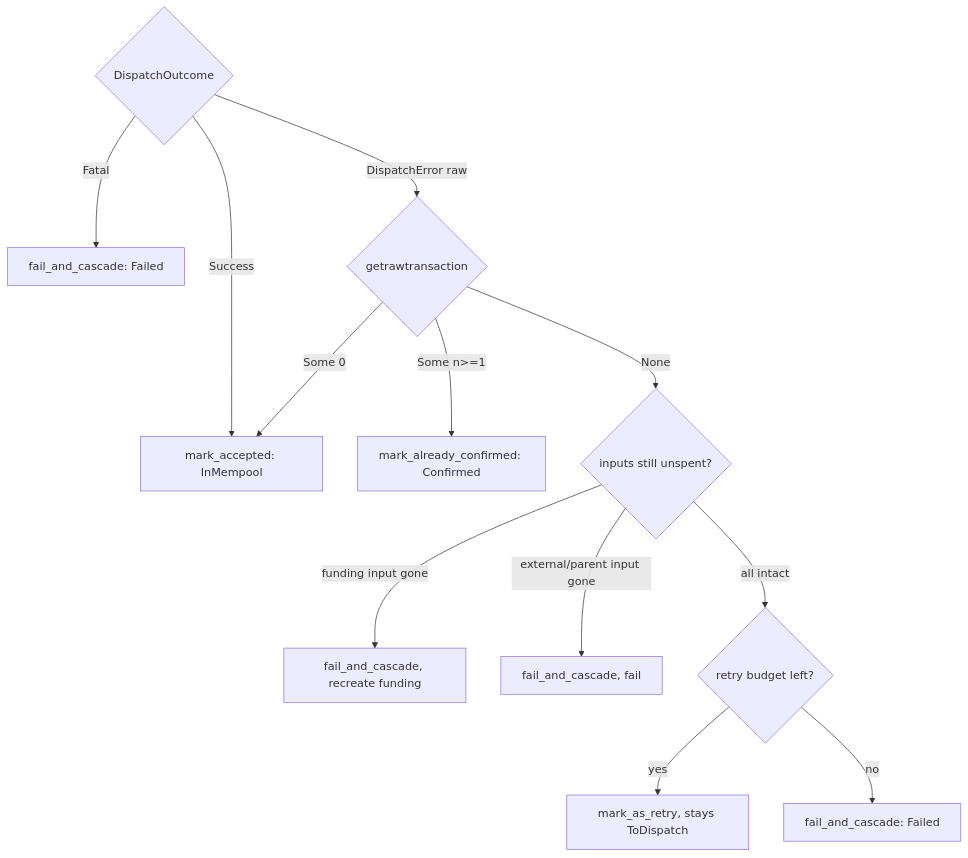
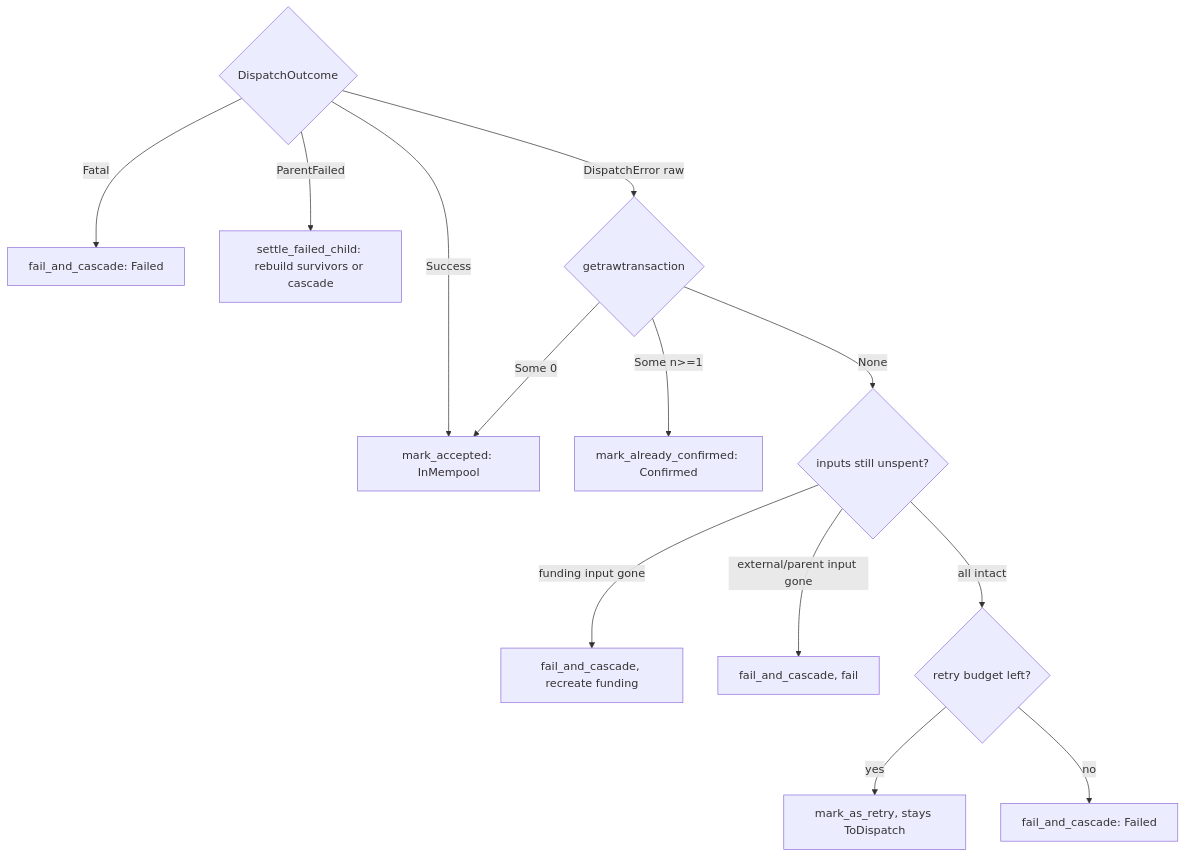
The fourth of 4 diagrams in docs/architecture.md (FairgateLabs/rust-bitvmx-bitcoin), drawn with Mermaid before and after one commit. The commit also changed other lines of this file and 2 other files, not shown here.

````diff
--- a/docs/architecture.md
+++ b/docs/architecture.md
@@ -147,14 +147,15 @@
 ```mermaid
 flowchart TD
     O{DispatchOutcome} -->|Success| Acc[mark_accepted: InMempool]
     O -->|Fatal| Fail0[fail_and_cascade: Failed]
+    O -->|ParentFailed| PF[settle_failed_child: rebuild survivors or cascade]
     O -->|DispatchError raw| S1{getrawtransaction}
     S1 -->|Some 0| Acc
     S1 -->|Some n>=1| Conf[mark_already_confirmed: Confirmed]
     S1 -->|None| S2{inputs still unspent?}
     S2 -->|funding input gone| Frec[fail_and_cascade, recreate funding]
     S2 -->|external/parent input gone| Fext[fail_and_cascade, fail]
     S2 -->|all intact| S3{retry budget left?}
     S3 -->|yes| Retry[mark_as_retry, stays ToDispatch]
     S3 -->|no| Fbudget[fail_and_cascade: Failed]
 ```
````
